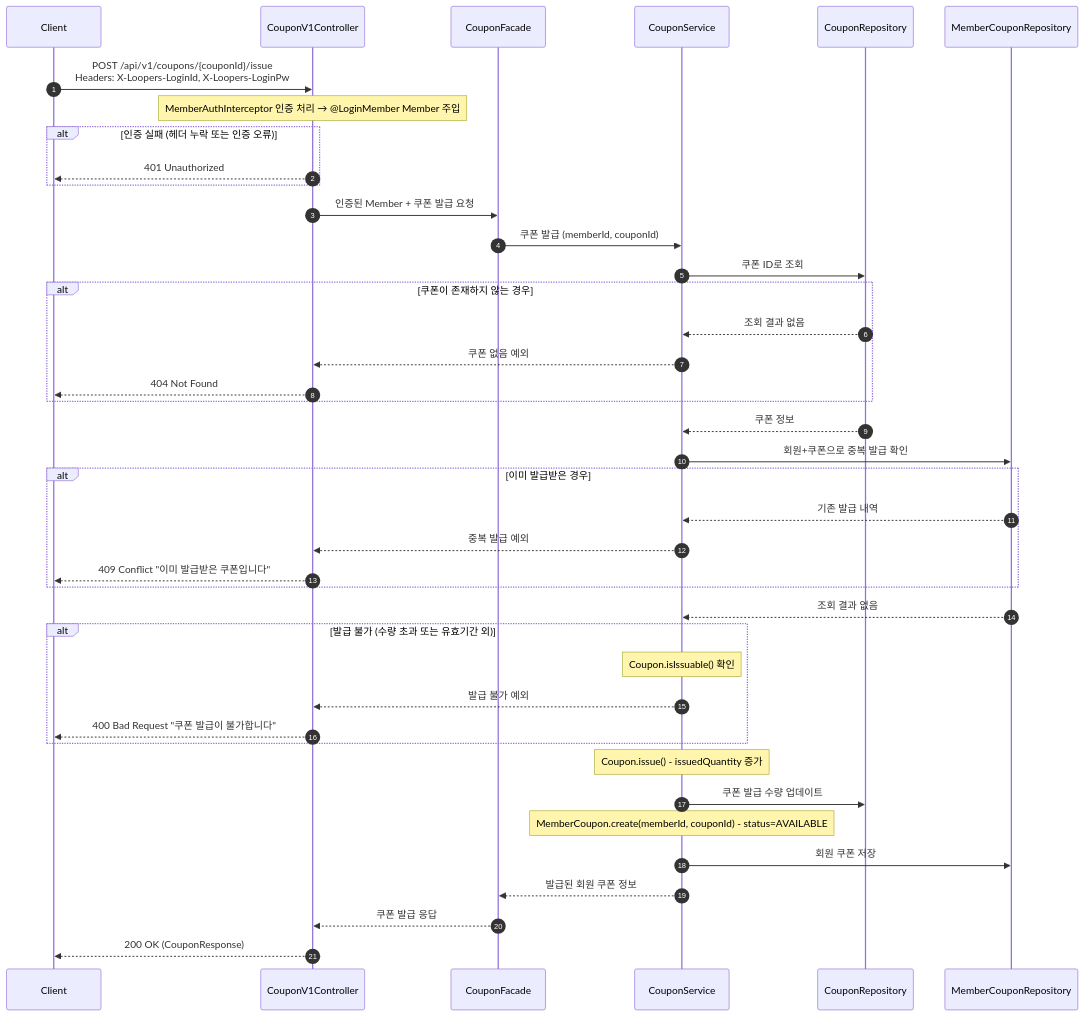
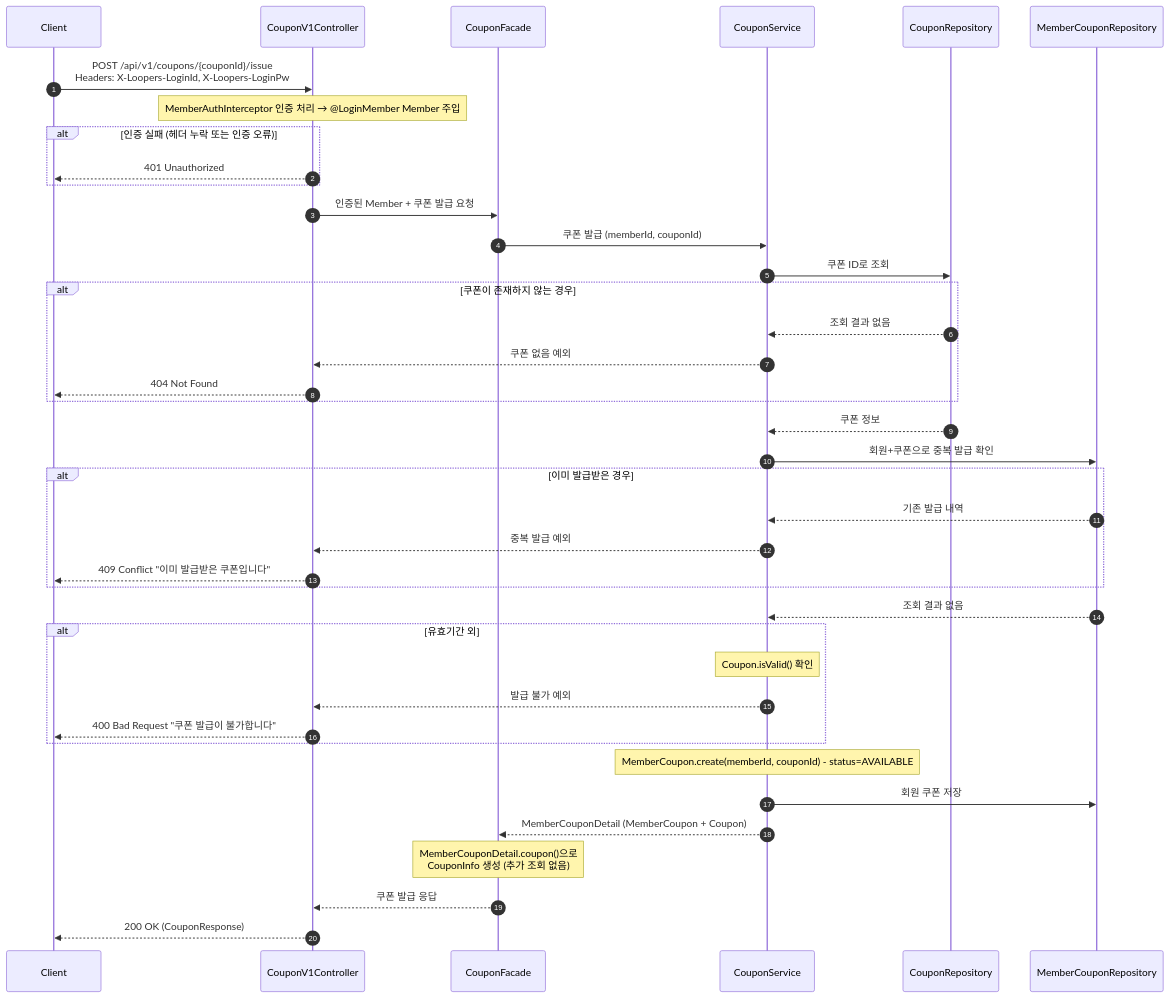
Before and after one commit to jsj1215/loop-pack-be-l2-vol3-java: diagram 11 of 29 in docs/design/02-sequence-diagrams.md, drawn with Mermaid. The commit also changed other lines of this file and 3 other files, not shown here.

````diff
--- a/docs/design/02-sequence-diagrams.md
+++ b/docs/design/02-sequence-diagrams.md
@@ -598,54 +552,52 @@
 ```mermaid
 sequenceDiagram
     autonumber
     participant Client
     participant Controller as CouponV1Controller
     participant Facade as CouponFacade
     participant Service as CouponService
     participant CouponRepo as CouponRepository
     participant MemberCouponRepo as MemberCouponRepository
 
     Client->>Controller: POST /api/v1/coupons/{couponId}/issue<br/>Headers: X-Loopers-LoginId, X-Loopers-LoginPw
 
     Note over Controller: MemberAuthInterceptor 인증 처리 → @LoginMember Member 주입
     alt 인증 실패 (헤더 누락 또는 인증 오류)
         Controller-->>Client: 401 Unauthorized
     end
 
     Controller->>Facade: 인증된 Member + 쿠폰 발급 요청
     Facade->>Service: 쿠폰 발급 (memberId, couponId)
     Service->>CouponRepo: 쿠폰 ID로 조회
 
     alt 쿠폰이 존재하지 않는 경우
         CouponRepo-->>Service: 조회 결과 없음
         Service-->>Controller: 쿠폰 없음 예외
         Controller-->>Client: 404 Not Found
     end
 
     CouponRepo-->>Service: 쿠폰 정보
 
     Service->>MemberCouponRepo: 회원+쿠폰으로 중복 발급 확인
     alt 이미 발급받은 경우
         MemberCouponRepo-->>Service: 기존 발급 내역
         Service-->>Controller: 중복 발급 예외
         Controller-->>Client: 409 Conflict "이미 발급받은 쿠폰입니다"
     end
 
     MemberCouponRepo-->>Service: 조회 결과 없음
 
-    alt 발급 불가 (수량 초과 또는 유효기간 외)
-        Note over Service: Coupon.isIssuable() 확인
+    alt 유효기간 외
+        Note over Service: Coupon.isValid() 확인
         Service-->>Controller: 발급 불가 예외
         Controller-->>Client: 400 Bad Request "쿠폰 발급이 불가합니다"
     end
 
-    Note over Service: Coupon.issue() - issuedQuantity 증가
-    Service->>CouponRepo: 쿠폰 발급 수량 업데이트
-
     Note over Service: MemberCoupon.create(memberId, couponId) - status=AVAILABLE
     Service->>MemberCouponRepo: 회원 쿠폰 저장
 
-    Service-->>Facade: 발급된 회원 쿠폰 정보
+    Service-->>Facade: MemberCouponDetail (MemberCoupon + Coupon)
+    Note over Facade: MemberCouponDetail.coupon()으로<br/>CouponInfo 생성 (추가 조회 없음)
     Facade-->>Controller: 쿠폰 발급 응답
     Controller-->>Client: 200 OK (CouponResponse)
 ```
````
